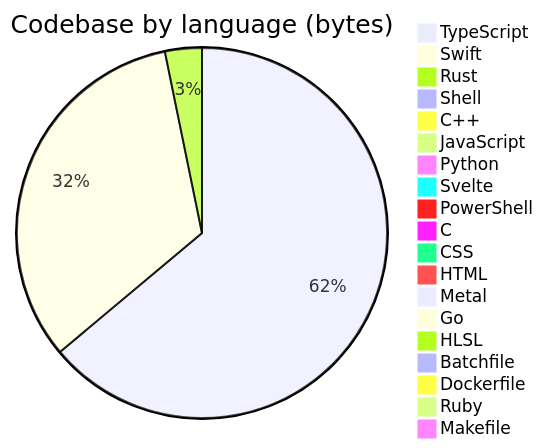
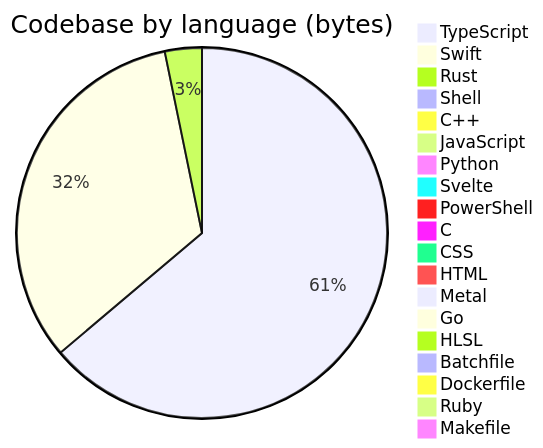
Before and after one commit to Open330/.github: the diagram in profile/README.md, drawn with Mermaid. The commit also changed other lines of this file, not shown here.

````diff
--- a/profile/README.md
+++ b/profile/README.md
@@ -130,22 +130,22 @@
 ```mermaid
 pie title Codebase by language (bytes)
     "TypeScript" : 34372299
-    "Swift" : 17689698
-    "Rust" : 1729836
+    "Swift" : 17739817
+    "Rust" : 1737725
     "Shell" : 473339
     "C++" : 388775
     "JavaScript" : 306983
     "Python" : 297585
     "Svelte" : 143451
     "PowerShell" : 128198
     "C" : 114143
     "CSS" : 103462
     "HTML" : 42579
     "Metal" : 33033
     "Go" : 22811
     "HLSL" : 7527
     "Batchfile" : 5870
     "Dockerfile" : 4893
     "Ruby" : 1554
     "Makefile" : 1150
 ```
````
